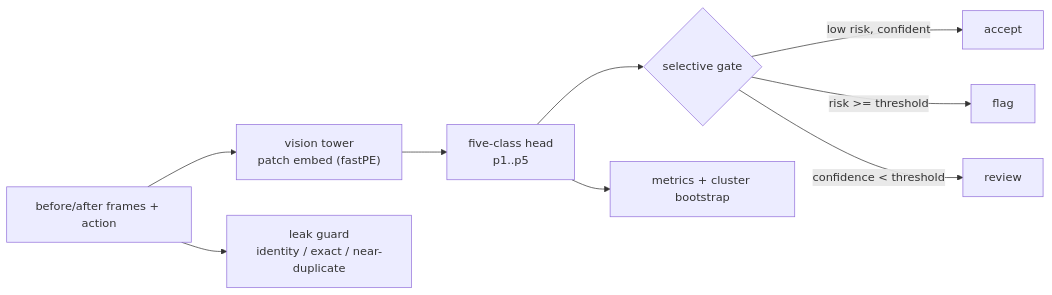
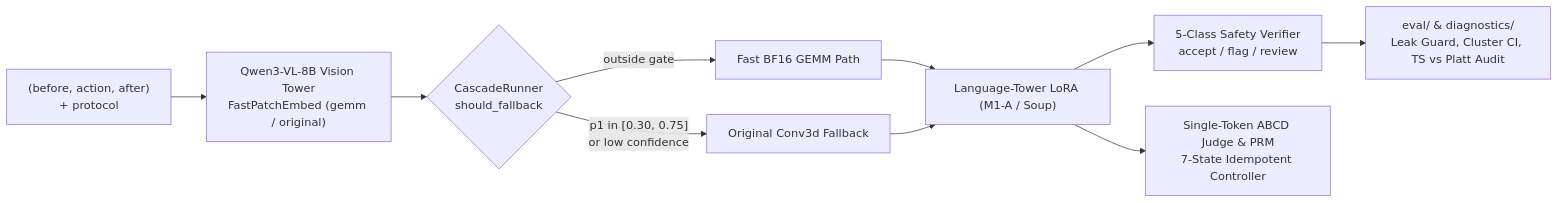
Before and after one commit to ca1tshame/GUI-Transition-Verifier: the diagram in README.md, drawn with Mermaid. The commit also changed other lines of this file and 19 other files, not shown here.

Commit message:
Add cascade fallback and process feedback components

````diff
--- a/README.md
+++ b/README.md
@@ -53,11 +29,12 @@
 ```mermaid
 flowchart LR
-    A["before/after frames + action"] --> B["vision tower<br/>patch embed (fastPE)"]
-    B --> C["five-class head<br/>p1..p5"]
-    C --> D{"selective gate"}
-    D -->|"low risk, confident"| E["accept"]
-    D -->|"risk >= threshold"| F["flag"]
-    D -->|"confidence < threshold"| G["review"]
-    C --> H["metrics + cluster bootstrap"]
-    A --> I["leak guard<br/>identity / exact / near-duplicate"]
+    A["(before, action, after)<br/>+ <tool_call> protocol"] --> B["Qwen3-VL-8B Vision Tower<br/>FastPatchEmbed (gemm / original)"]
+    B --> C{"CascadeRunner<br/>should_fallback"}
+    C -->|"outside gate"| D["Fast BF16 GEMM Path"]
+    C -->|"p1 in [0.30, 0.75]<br/>or low confidence"| E["Original Conv3d Fallback"]
+    D --> F["Language-Tower LoRA (M1-A / Soup)"]
+    E --> F
+    F --> G["5-Class Safety Verifier<br/>accept / flag / review"]
+    F --> H["Single-Token ABCD Judge & PRM<br/>7-State Idempotent Controller"]
+    G --> I["eval/ & diagnostics/<br/>Leak Guard, Cluster CI, TS vs Platt Audit"]
 ```
````
